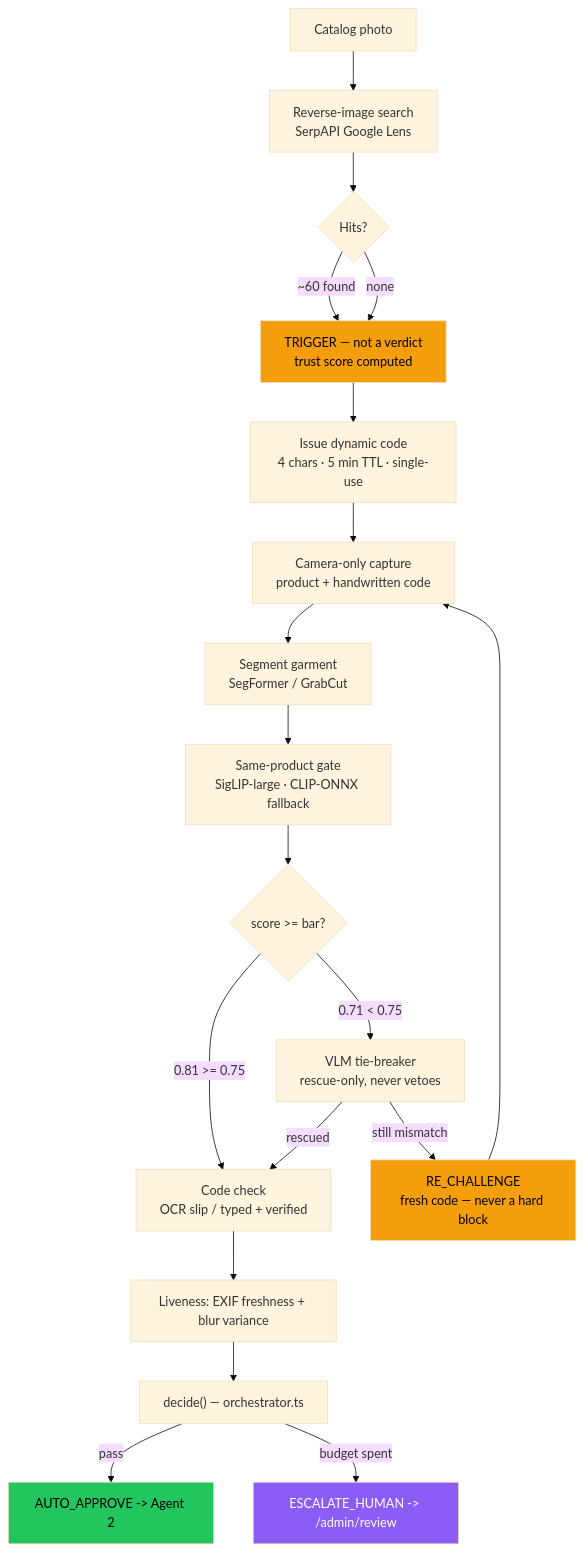
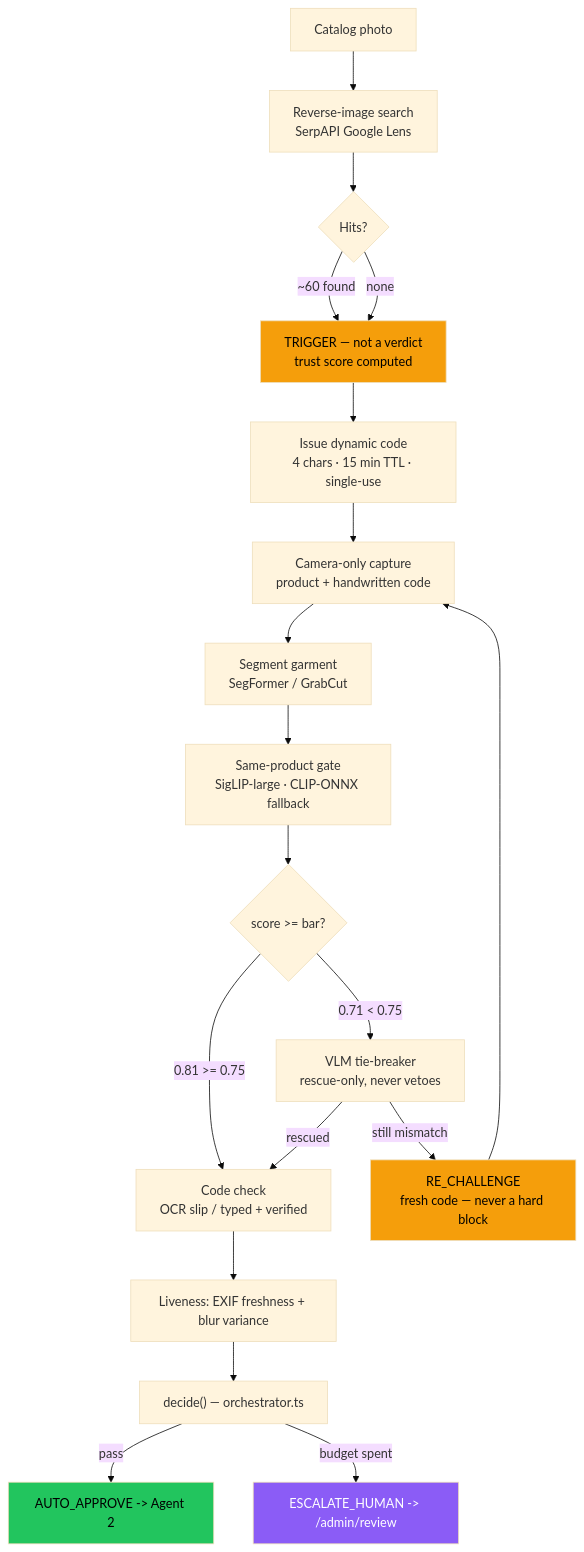
The first of 5 diagrams in README.md (sreyadattagupta/asli_meesho), drawn with Mermaid (base theme) before and after one commit. The commit also changed other lines of this file, not shown here.

````diff
--- a/README.md
+++ b/README.md
@@ -181,25 +181,25 @@
 ```mermaid
 flowchart TD
     A[Catalog photo] --> B[Reverse-image search<br/>SerpAPI Google Lens]
     B --> C{Hits?}
     C -->|"~60 found"| D[TRIGGER — not a verdict<br/>trust score computed]
     C -->|none| D
-    D --> E[Issue dynamic code<br/>4 chars · 5 min TTL · single-use]
+    D --> E[Issue dynamic code<br/>4 chars · 15 min TTL · single-use]
     E --> F[Camera-only capture<br/>product + handwritten code]
     F --> G[Segment garment<br/>SegFormer / GrabCut]
     G --> H[Same-product gate<br/>SigLIP-large · CLIP-ONNX fallback]
     H --> I{score >= bar?}
     I -->|"0.81 >= 0.75"| J[Code check<br/>OCR slip / typed + verified]
     I -->|"0.71 < 0.75"| K[VLM tie-breaker<br/>rescue-only, never vetoes]
     K -->|rescued| J
     K -->|still mismatch| L[RE_CHALLENGE<br/>fresh code — never a hard block]
     J --> M[Liveness: EXIF freshness + blur variance]
     M --> N["decide() — orchestrator.ts"]
     N -->|pass| O[AUTO_APPROVE -> Agent 2]
     N -->|budget spent| P[ESCALATE_HUMAN -> /admin/review]
     L --> F
     style D fill:#F59E0B,color:#000
     style O fill:#22C55E,color:#000
     style L fill:#F59E0B,color:#000
     style P fill:#8B5CF6,color:#fff
 ```
````
